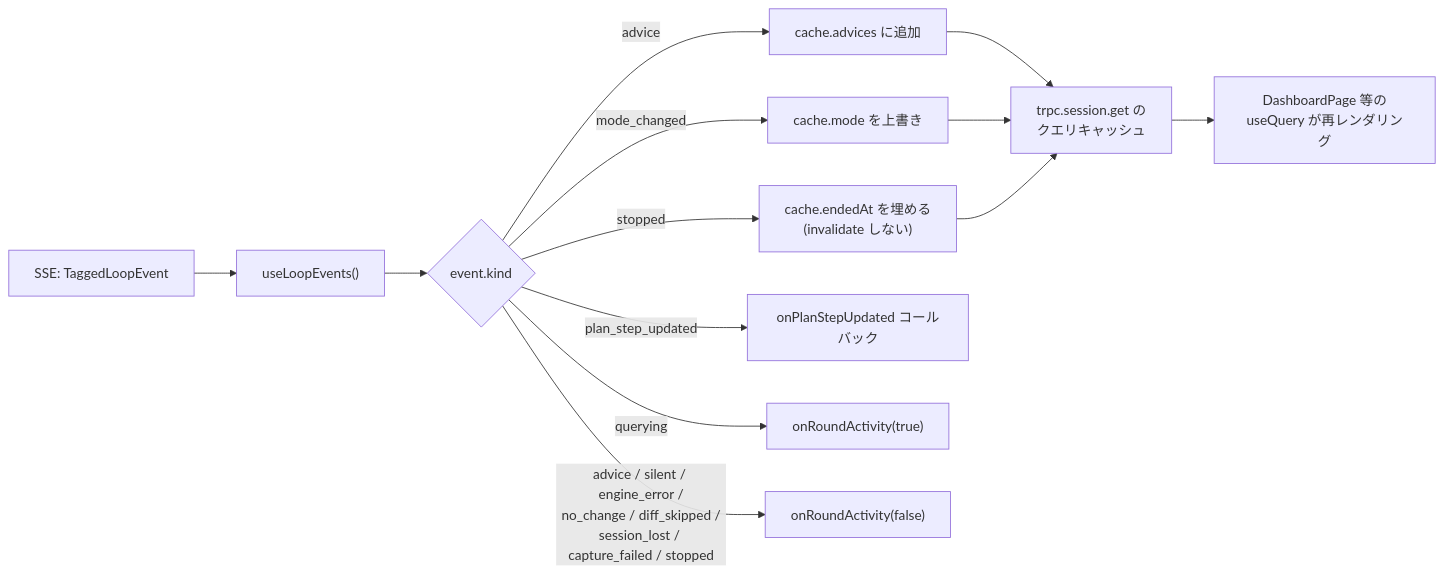
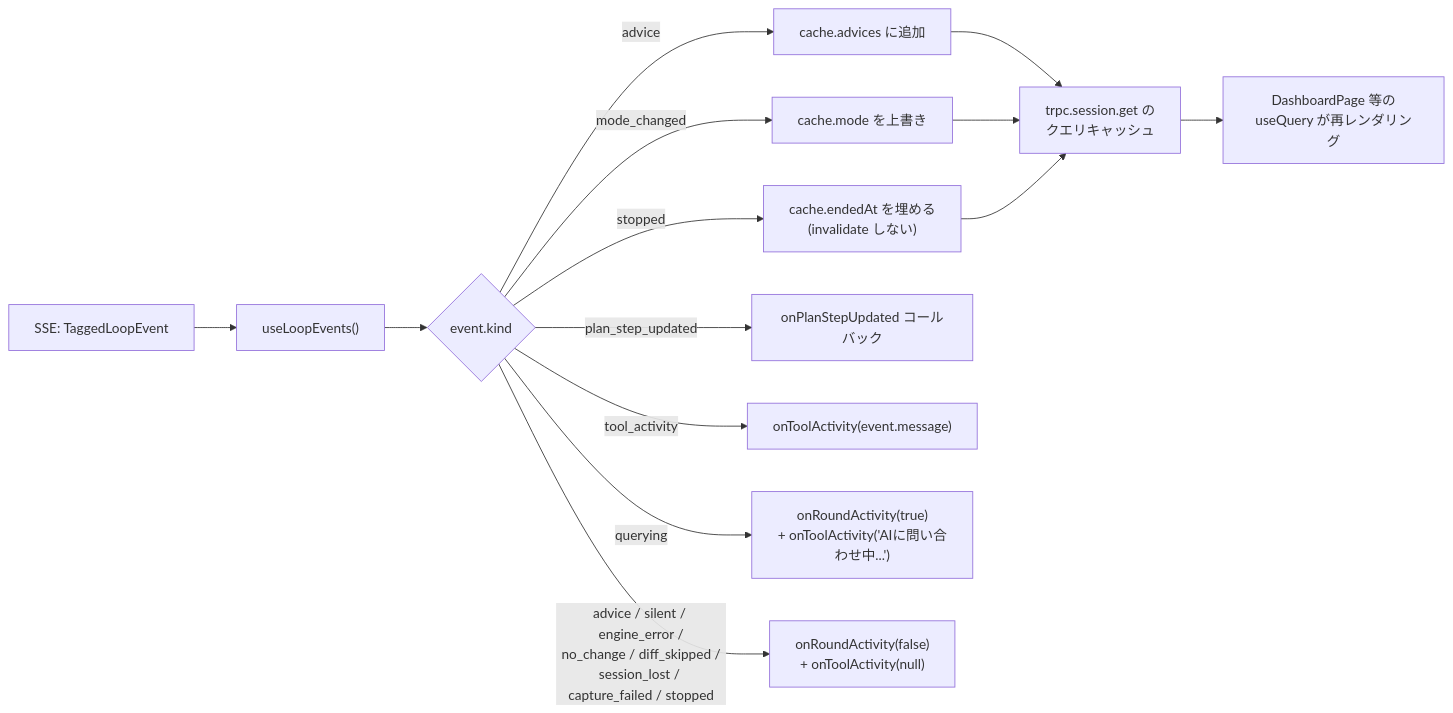
The third of 9 diagrams in packages/client/docs/reading-guide.md (yukaorange/dcc_suport), drawn with Mermaid before and after one commit. The commit also changed other lines of this file and 4 other files, not shown here.

````diff
--- a/packages/client/docs/reading-guide.md
+++ b/packages/client/docs/reading-guide.md
@@ -115,15 +115,16 @@
 ```mermaid
 flowchart LR
     SSE["SSE: TaggedLoopEvent"] --> Hook["useLoopEvents()"]
     Hook --> Switch{"event.kind"}
     Switch -->|"advice"| C1["cache.advices に追加"]
     Switch -->|"mode_changed"| C2["cache.mode を上書き"]
     Switch -->|"stopped"| C3["cache.endedAt を埋める<br/>(invalidate しない)"]
     Switch -->|"plan_step_updated"| Cb["onPlanStepUpdated コールバック"]
-    Switch -->|"querying"| L1["onRoundActivity(true)"]
-    Switch -->|"advice / silent / engine_error /<br/>no_change / diff_skipped /<br/>session_lost / capture_failed / stopped"| L2["onRoundActivity(false)"]
+    Switch -->|"tool_activity"| TA["onToolActivity(event.message)"]
+    Switch -->|"querying"| L1["onRoundActivity(true)<br/>+ onToolActivity('AIに問い合わせ中...')"]
+    Switch -->|"advice / silent / engine_error /<br/>no_change / diff_skipped /<br/>session_lost / capture_failed / stopped"| L2["onRoundActivity(false)<br/>+ onToolActivity(null)"]
     C1 --> Cache["trpc.session.get の<br/>クエリキャッシュ"]
     C2 --> Cache
     C3 --> Cache
     Cache --> UI["DashboardPage 等の<br/>useQuery が再レンダリング"]
 ```
````
